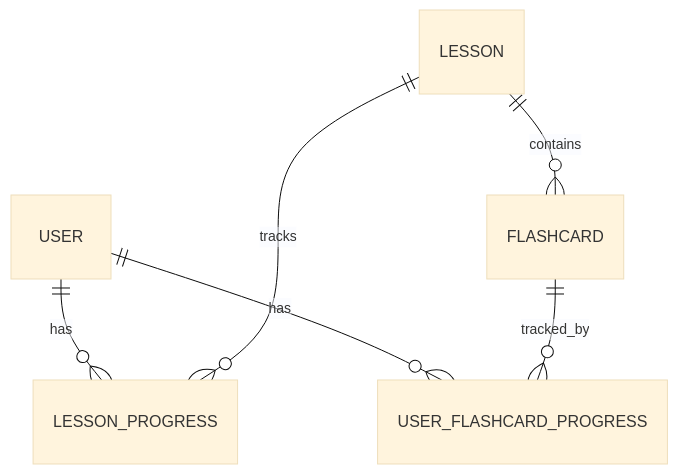
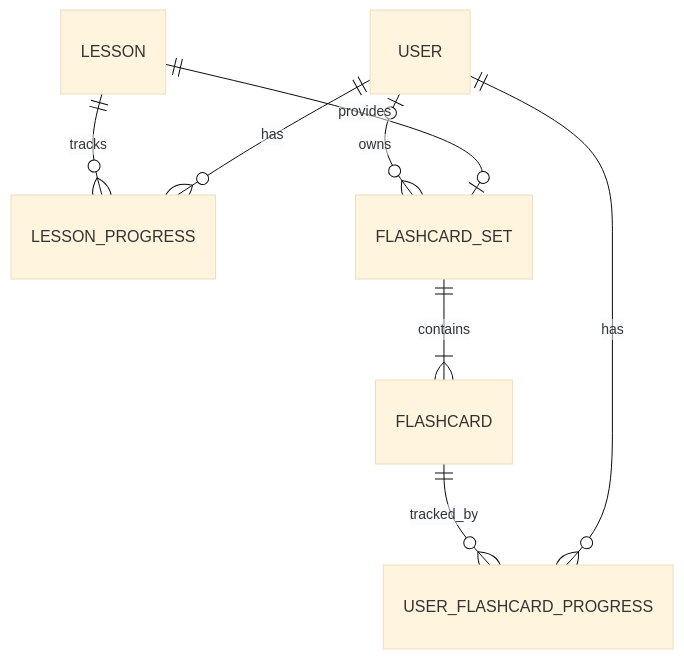
Before and after one commit to thanhthaobn/aptis-prep: the sixth of 27 diagrams in docs/SPEC_V2.md, drawn with Mermaid (base theme). The commit also changed other lines of this file and 66 other files, not shown here.

````diff
--- a/docs/SPEC_V2.md
+++ b/docs/SPEC_V2.md
@@ -240,8 +240,10 @@
 ```mermaid
 erDiagram
     USER ||--o{ LESSON_PROGRESS : has
     LESSON ||--o{ LESSON_PROGRESS : tracks
-    LESSON ||--o{ FLASHCARD : contains
+    LESSON ||--o| FLASHCARD_SET : provides
+    USER o|--o{ FLASHCARD_SET : owns
+    FLASHCARD_SET ||--|{ FLASHCARD : contains
     USER ||--o{ USER_FLASHCARD_PROGRESS : has
     FLASHCARD ||--o{ USER_FLASHCARD_PROGRESS : tracked_by
 ```
````
